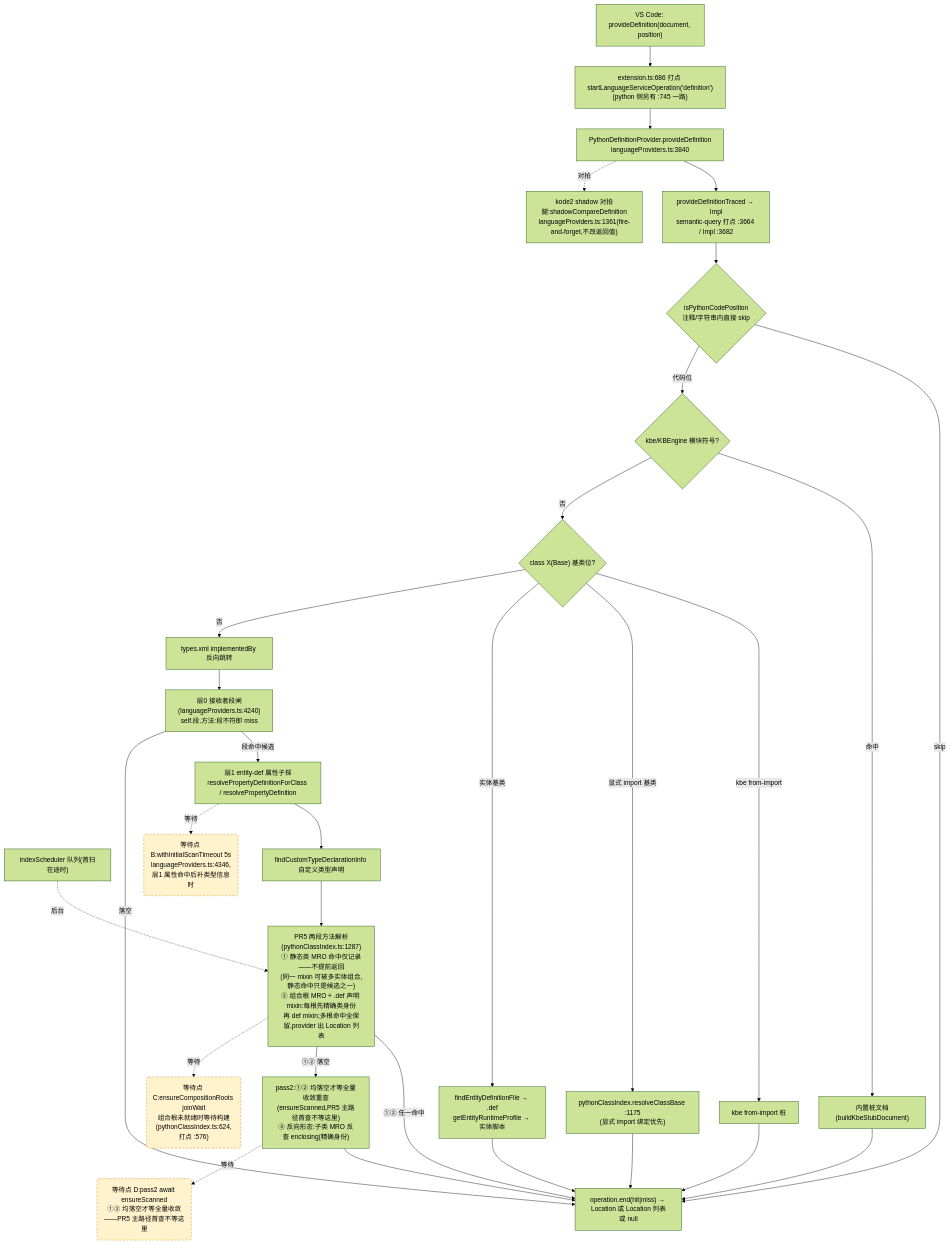
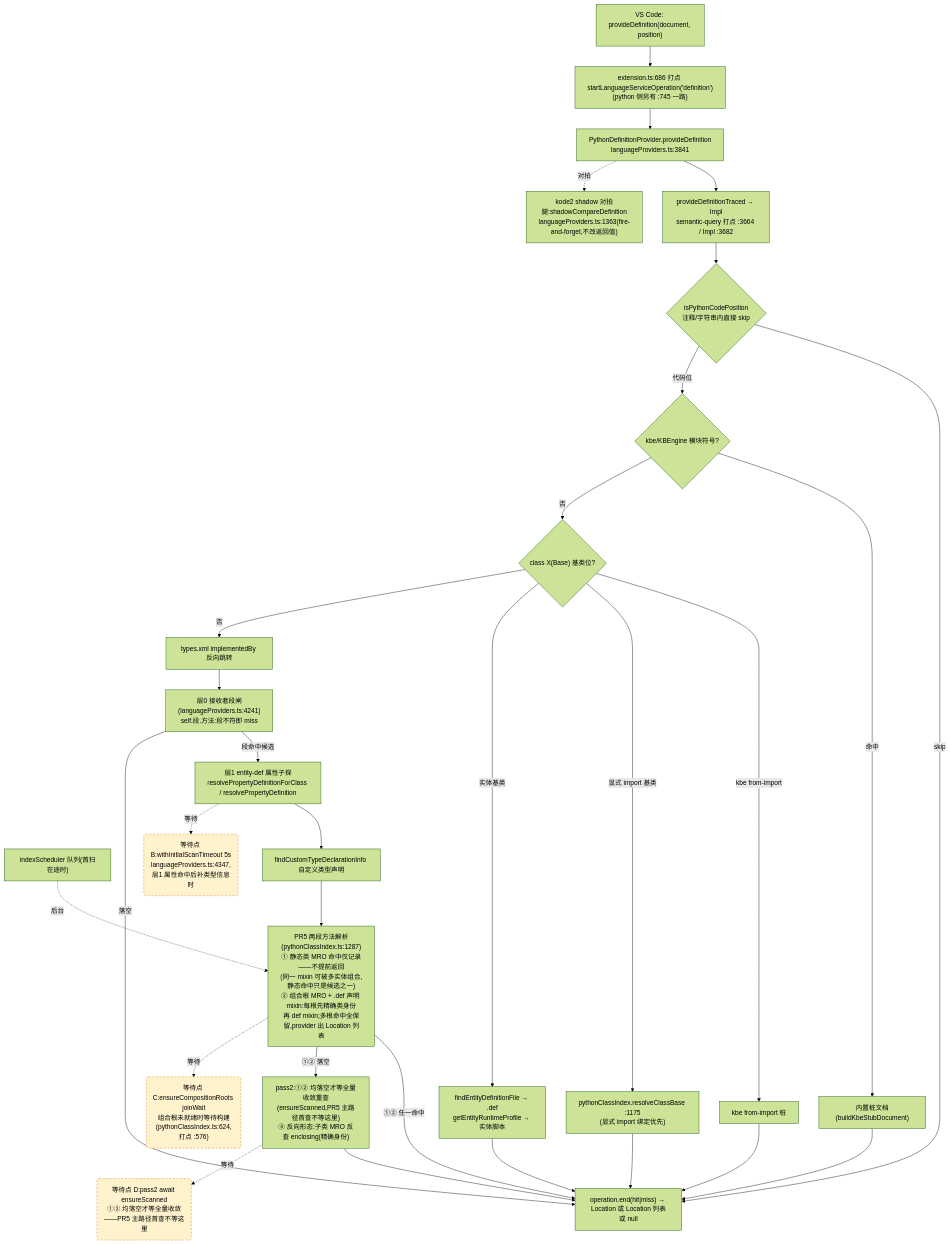
The second of 4 diagrams in docs/perf/2026-baseline.md (cuihairu/kode), drawn with Mermaid (forest theme) before and after one commit. The commit also changed other lines of this file and 4 other files, not shown here.

````diff
--- a/docs/perf/2026-baseline.md
+++ b/docs/perf/2026-baseline.md
@@ -130,51 +130,51 @@
 ```mermaid
 flowchart TD
   VC2["VS Code: provideDefinition(document, position)"]
   M2["extension.ts:686 打点 startLanguageServiceOperation('definition')<br/>(python 侧另有 :745 一路)"]
-  AD2["PythonDefinitionProvider.provideDefinition<br/>languageProviders.ts:3840"]
+  AD2["PythonDefinitionProvider.provideDefinition<br/>languageProviders.ts:3841"]
   TR["provideDefinitionTraced → Impl<br/>semantic-query 打点 :3664 / Impl :3682"]
   CTX{"isPythonCodePosition<br/>注释/字符串内直接 skip"}
   KBE{"kbe/KBEngine 模块符号?"}
   STUB["内置桩文档(buildKbeStubDocument)"]
   CB{"class X(Base) 基类位?"}
   CB1["kbe from-import 桩"]
   CB2["pythonClassIndex.resolveClassBase :1175<br/>(显式 import 绑定优先)"]
   CB3["findEntityDefinitionFile → .def<br/>getEntityRuntimeProfile → 实体脚本"]
   REV["types.xml implementedBy 反向跳转"]
-  L0["层0 接收者段闸(languageProviders.ts:4240)<br/>self.段.方法:段不符即 miss"]
+  L0["层0 接收者段闸(languageProviders.ts:4241)<br/>self.段.方法:段不符即 miss"]
   L1["层1 entity-def 属性子探<br/>resolvePropertyDefinitionForClass / resolvePropertyDefinition"]
   SCAN["indexScheduler 队列(首扫在途时)"]
   TY["findCustomTypeDeclarationInfo 自定义类型声明"]
   MRO["PR5 两段方法解析(pythonClassIndex.ts:1287)<br/>① 静态类 MRO 命中仅记录——不提前返回<br/>(同一 mixin 可被多实体组合,静态命中只是候选之一)<br/>② 组合根 MRO + .def 声明 mixin:每根先精确类身份<br/>再 def mixin;多根命中全保留,provider 出 Location 列表"]
   PASS2["pass2:①② 均落空才等全量收敛重查<br/>(ensureScanned,PR5 主路径首查不等这里)<br/>③ 反向形态:子类 MRO 反查 enclosing(精确身份)"]
-  SHD["kode2 shadow 对拍腿:shadowCompareDefinition<br/>languageProviders.ts:1361(fire-and-forget,不改返回值)"]
+  SHD["kode2 shadow 对拍腿:shadowCompareDefinition<br/>languageProviders.ts:1363(fire-and-forget,不改返回值)"]
   END2["operation.end(hit|miss) → Location 或 Location 列表或 null"]
 
   VC2 --> M2 --> AD2 --> TR --> CTX
   CTX -- "skip" --> END2
   CTX -- "代码位" --> KBE
   KBE -- "命中" --> STUB --> END2
   KBE -- "否" --> CB
   CB -- "kbe from-import" --> CB1 --> END2
   CB -- "显式 import 基类" --> CB2 --> END2
   CB -- "实体基类" --> CB3 --> END2
   CB -- "否" --> REV --> L0
   L0 -- "段命中候选" --> L1
   L0 -- "落空" --> END2
   L1 --> TY
   TY --> MRO
   MRO -- "①② 任一命中" --> END2
   MRO -- "①② 落空" --> PASS2 --> END2
   AD2 -.->|对拍| SHD
 
-  WAITB("等待点 B:withInitialScanTimeout 5s<br/>languageProviders.ts:4346,层1 属性命中后补类型信息时")
+  WAITB("等待点 B:withInitialScanTimeout 5s<br/>languageProviders.ts:4347,层1 属性命中后补类型信息时")
   WAITC("等待点 C:ensureCompositionRoots joinWait<br/>组合根未就绪时等待构建(pythonClassIndex.ts:624,打点 :576)")
   WAITD("等待点 D:pass2 await ensureScanned<br/>①② 均落空才等全量收敛——PR5 主路径首查不等这里")
   L1 -.->|等待| WAITB
   MRO -.->|等待| WAITC
   PASS2 -.->|等待| WAITD
   SCAN -.->|后台| MRO
 
   classDef waitPoint fill:#fff3cd,stroke:#d97706,stroke-dasharray:5 4;
   class WAITB,WAITC,WAITD waitPoint;
 ```
````
